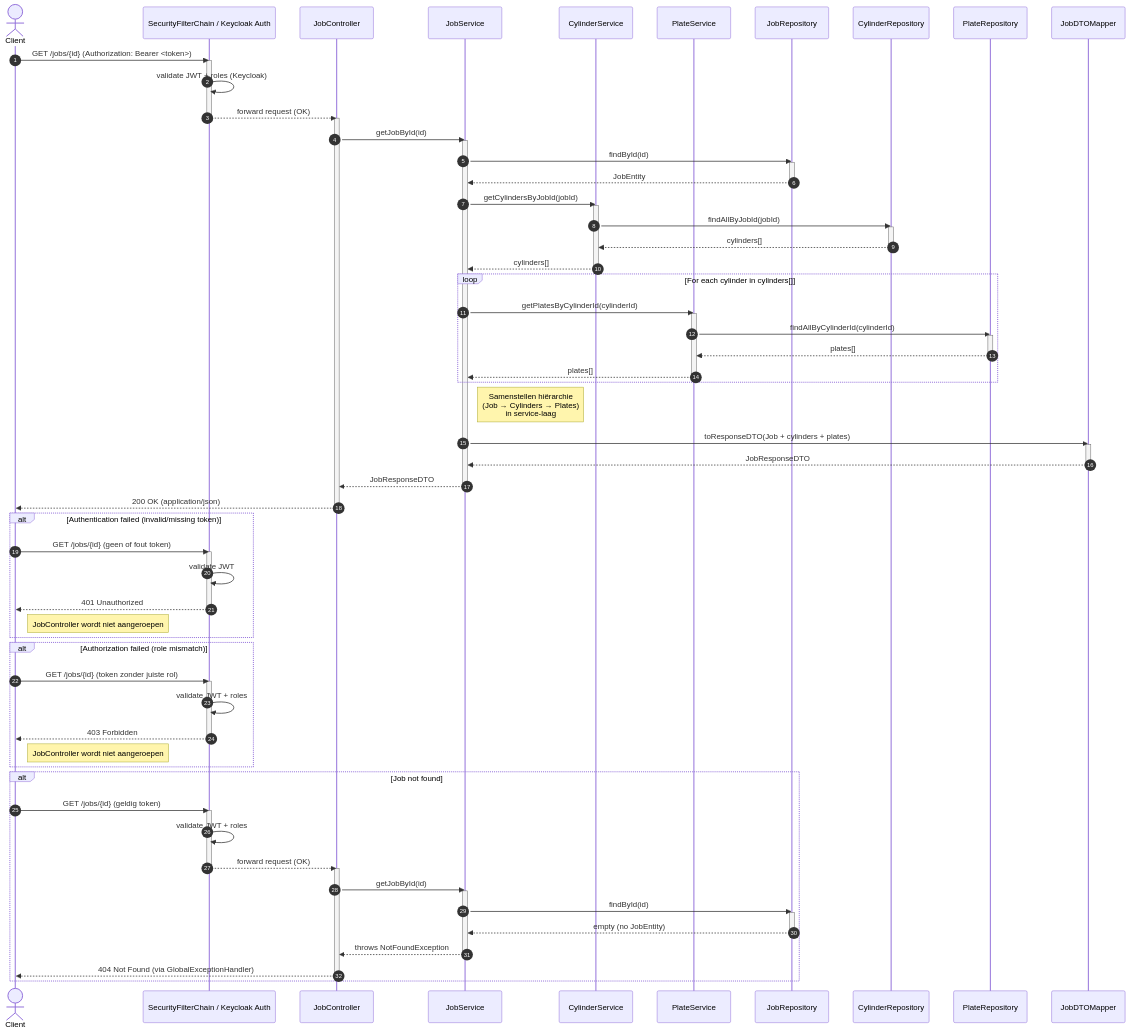
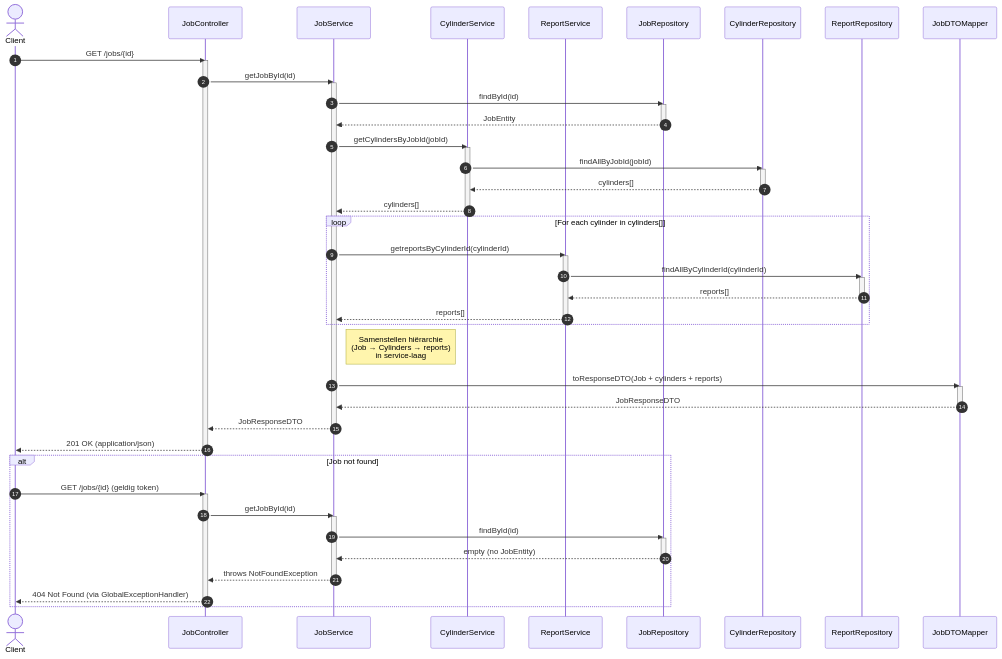
The second of 3 diagrams in README.MD (Th3Bl0ndG0d/WBJE_Backend), drawn with Mermaid before and after one commit. The commit also changed other lines of this file and 18 other files, not shown here.

Commit message:
Checking all graphs and fixing small mistakes

````diff
--- a/README.MD
+++ b/README.MD
@@ -208,26 +205,19 @@
     autonumber
 
     actor Client
-    participant Security as SecurityFilterChain / Keycloak Auth
     participant JobController
     participant JobService
     participant CylinderService
-    participant PlateService
+    participant ReportService
     participant JobRepository
     participant CylinderRepository
-    participant PlateRepository
+    participant ReportRepository
     participant JobDTOMapper
 
 %% =================================================
 %% 1) Happy flow
 %% =================================================
-    Client->>Security: GET /jobs/{id} (Authorization: Bearer <token>)
-    activate Security
-
-    Security->>Security: validate JWT + roles (Keycloak)
-    Security-->>JobController: forward request (OK)
-    deactivate Security
-
+    Client->>JobController: GET /jobs/{id}
     activate JobController
     JobController->>JobService: getJobById(id)
     activate JobService
@@ -247,19 +237,19 @@
     deactivate CylinderService
 
     loop For each cylinder in cylinders[]
-        JobService->>PlateService: getPlatesByCylinderId(cylinderId)
-        activate PlateService
-        PlateService->>PlateRepository: findAllByCylinderId(cylinderId)
-        activate PlateRepository
-        PlateRepository-->>PlateService: plates[]
-        deactivate PlateRepository
-        PlateService-->>JobService: plates[]
-        deactivate PlateService
+        JobService->>ReportService: getreportsByCylinderId(cylinderId)
+        activate ReportService
+        ReportService->>ReportRepository: findAllByCylinderId(cylinderId)
+        activate ReportRepository
+        ReportRepository-->>ReportService: reports[]
+        deactivate ReportRepository
+        ReportService-->>JobService: reports[]
+        deactivate ReportService
     end
 
-    Note right of JobService: Samenstellen hiërarchie<br/>(Job → Cylinders → Plates)<br/>in service-laag
+    Note right of JobService: Samenstellen hiërarchie<br/>(Job → Cylinders → reports)<br/>in service-laag
 
-    JobService->>JobDTOMapper: toResponseDTO(Job + cylinders + plates)
+    JobService->>JobDTOMapper: toResponseDTO(Job + cylinders + reports)
     activate JobDTOMapper
     JobDTOMapper-->>JobService: JobResponseDTO
     deactivate JobDTOMapper
@@ -267,48 +257,14 @@
     JobService-->>JobController: JobResponseDTO
     deactivate JobService
 
-    JobController-->>Client: 200 OK (application/json)
+    JobController-->>Client: 201 OK (application/json)
     deactivate JobController
 
 %% =================================================
-%% 2) Alternative flow: Authentication failed (401)
-%% =================================================
-    alt Authentication failed (invalid/missing token)
-        Client->>Security: GET /jobs/{id} (geen of fout token)
-        activate Security
-
-        Security->>Security: validate JWT
-        Security-->>Client: 401 Unauthorized
-        deactivate Security
-
-        Note right of Client: JobController wordt niet aangeroepen
-    end
-
-%% =================================================
-%% 3) Alternative flow: Authorization failed (403)
-%% =================================================
-    alt Authorization failed (role mismatch)
-        Client->>Security: GET /jobs/{id} (token zonder juiste rol)
-        activate Security
-
-        Security->>Security: validate JWT + roles
-        Security-->>Client: 403 Forbidden
-        deactivate Security
-
-        Note right of Client: JobController wordt niet aangeroepen
-    end
-
-%% =================================================
-%% 4) Alternative flow: Job not found (404)
+%% 2) Alternative flow: Job not found (404)
 %% =================================================
     alt Job not found
-        Client->>Security: GET /jobs/{id} (geldig token)
-        activate Security
-
-        Security->>Security: validate JWT + roles
-        Security-->>JobController: forward request (OK)
-        deactivate Security
-
+        Client->>JobController: GET /jobs/{id} (geldig token)
         activate JobController
         JobController->>JobService: getJobById(id)
         activate JobService
@@ -325,4 +281,5 @@
         deactivate JobController
     end
 
+
 ```
````
